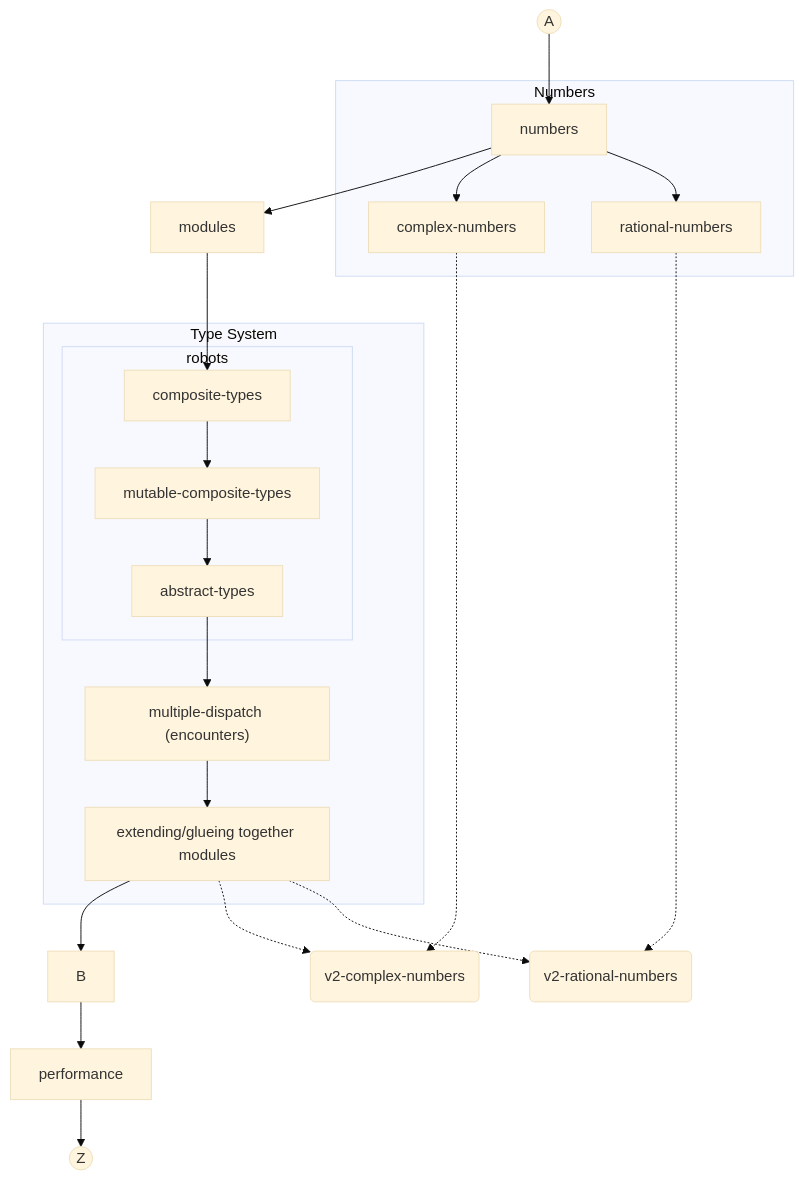
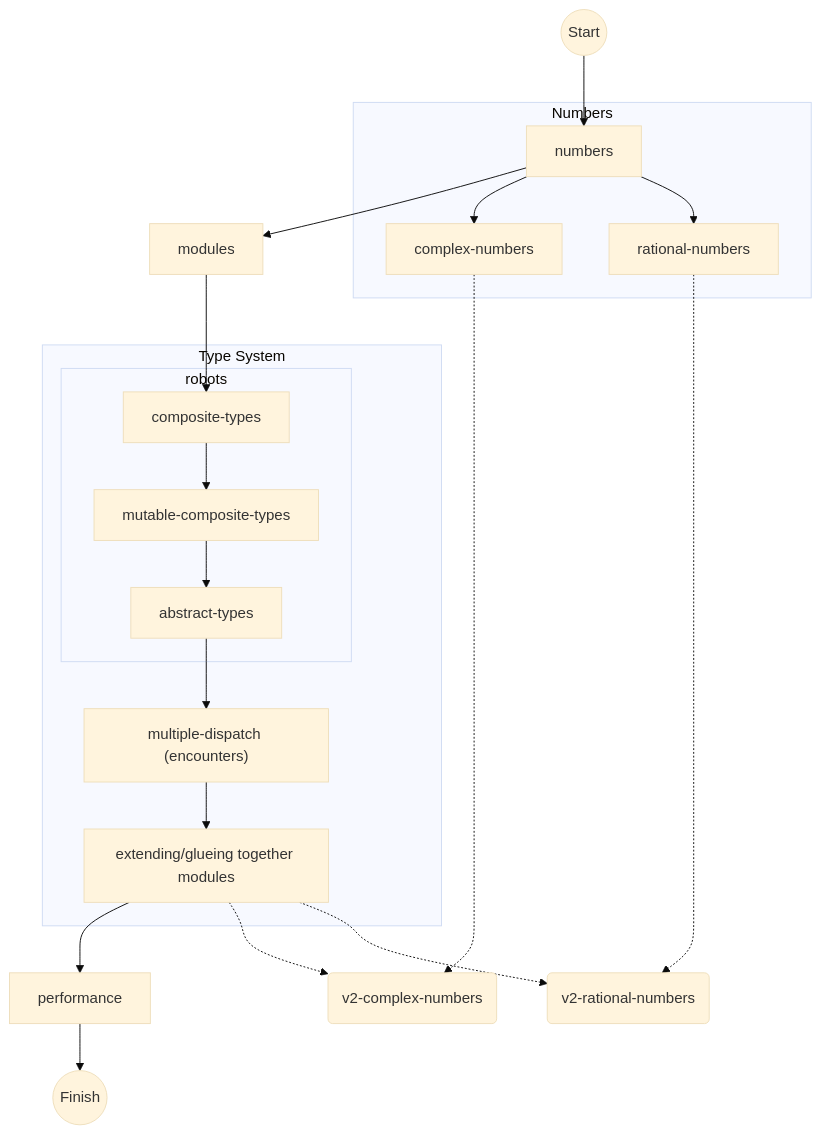
Before and after one commit to exercism/v3: the diagram in languages/julia/reference/progression.md, drawn with Mermaid (base theme).

Commit message:
Remove placeholders

````diff
--- a/languages/julia/reference/progression.md
+++ b/languages/julia/reference/progression.md
@@ -5,30 +5,29 @@
 ```mermaid
 graph TD
 
-A((A)) --> numbers
+Start((Start)) --> numbers
 
 numbers --> modules
 
 modules --> composite-types
 subgraph Type System
 	subgraph robots
 		composite-types --> mutable-composite-types
 		mutable-composite-types --> abstract-types
 	end
 	abstract-types --> multiple-dispatch
 	multiple-dispatch["multiple-dispatch (encounters)"] --> extension[extending/glueing together modules]
 end
-extension --> B
-B --> performance
-performance --> Z((Z))
+extension --> performance
+performance --> Finish((Finish))
 
 subgraph Numbers
 	numbers --> complex-numbers
 	numbers --> rational-numbers
 end
 
 complex-numbers -.-> v2-complex-numbers(v2-complex-numbers)
 rational-numbers -.-> v2-rational-numbers(v2-rational-numbers)
 extension -.-> v2-complex-numbers
 extension -.-> v2-rational-numbers
 ```
````
